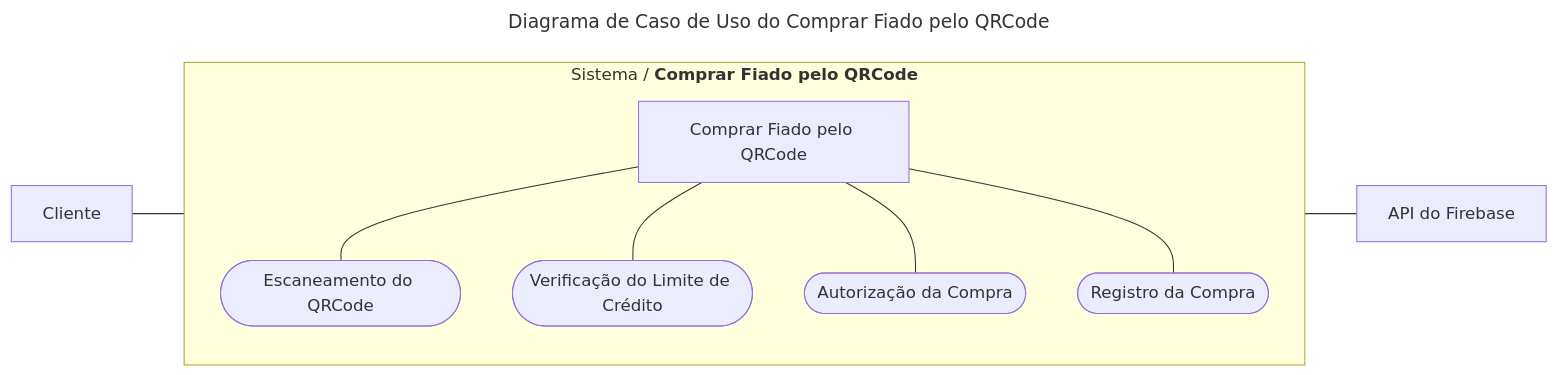
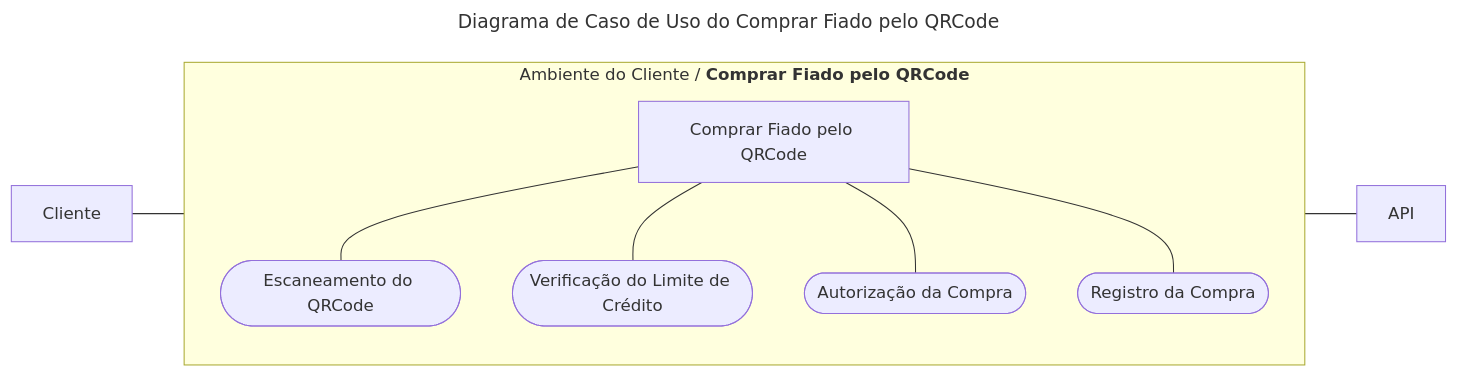
The sixth of 24 diagrams in engenharia/diagrams.md (h4mn/fatec_tarefas), drawn with Mermaid before and after one commit. The commit also changed other lines of this file and 2 other files, not shown here.

````diff
--- a/engenharia/diagrams.md
+++ b/engenharia/diagrams.md
@@ -144,15 +144,15 @@
 ```mermaid
 ---
 title: Diagrama de Caso de Uso do Comprar Fiado pelo QRCode
 ---
 graph LR
     A[Cliente] --- B[Comprar Fiado pelo QRCode]
-    subgraph "`Sistema / **Comprar Fiado pelo QRCode**`"
+    subgraph "`Ambiente do Cliente / **Comprar Fiado pelo QRCode**`"
         direction TB
         B --- C([Escaneamento do QRCode])
         B --- D([Verificação do Limite de Crédito])
         B --- E([Autorização da Compra])
         B --- F([Registro da Compra])
     end
-    F --- G[API do Firebase]
+    F --- G[API]
 ```
````
